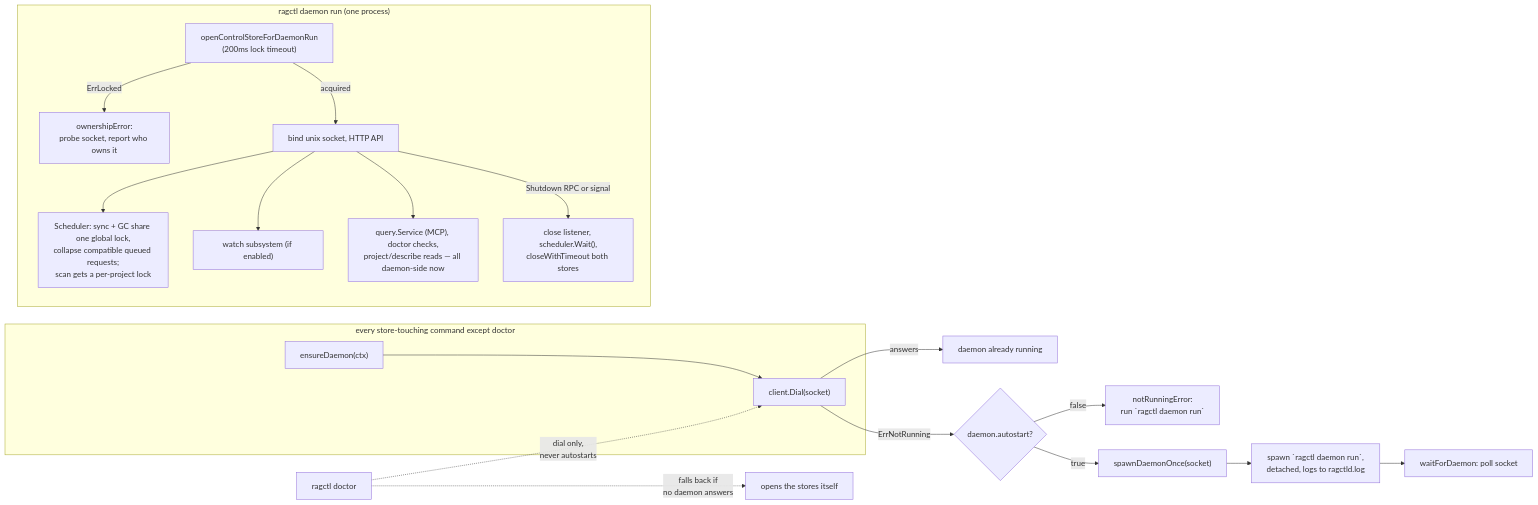
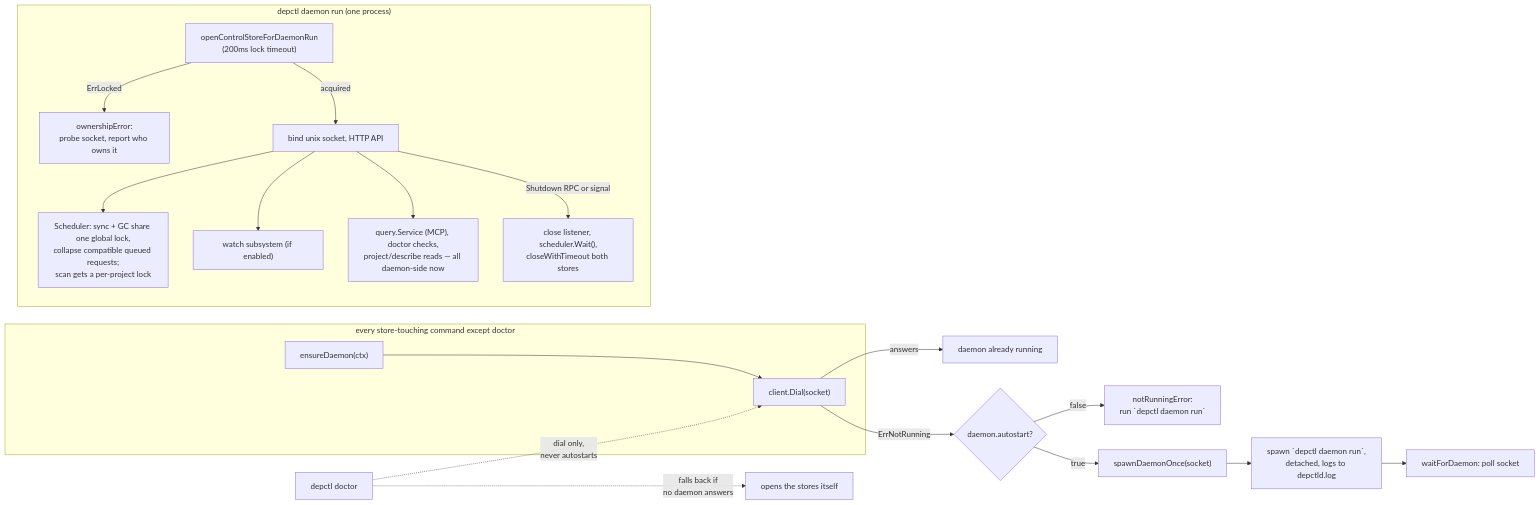
Before and after one commit to aleutian-ai/depctl: the second of 16 diagrams in docs/architecture.md, drawn with Mermaid. The commit also changed other lines of this file and 588 other files, not shown here.

Commit message:
Rename ragctl to depctl: binary, module github.com/aleutian-ai/depctl, paths, env vars, metrics, MCP name, docs

````diff
--- a/docs/architecture.md
+++ b/docs/architecture.md
@@ -106,24 +106,24 @@
 ```mermaid
 flowchart LR
     subgraph client["every store-touching command except doctor"]
         C1["ensureDaemon(ctx)"] --> C2["client.Dial(socket)"]
     end
     C2 -->|answers| D0["daemon already running"]
     C2 -->|ErrNotRunning| C3{"daemon.autostart?"}
-    C3 -->|false| C4["notRunningError:<br/>run `ragctl daemon run`"]
+    C3 -->|false| C4["notRunningError:<br/>run `depctl daemon run`"]
     C3 -->|true| C5["spawnDaemonOnce(socket)"]
-    C5 --> C6["spawn `ragctl daemon run`,<br/>detached, logs to ragctld.log"]
+    C5 --> C6["spawn `depctl daemon run`,<br/>detached, logs to depctld.log"]
     C6 --> C7["waitForDaemon: poll socket"]
 
-    subgraph daemon["ragctl daemon run (one process)"]
+    subgraph daemon["depctl daemon run (one process)"]
         S1["openControlStoreForDaemonRun<br/>(200ms lock timeout)"] -->|ErrLocked| S2["ownershipError:<br/>probe socket, report who owns it"]
         S1 -->|acquired| S3["bind unix socket, HTTP API"]
         S3 --> S4["Scheduler: sync + GC share one global lock,<br/>collapse compatible queued requests;<br/>scan gets a per-project lock"]
         S3 --> S5["watch subsystem (if enabled)"]
         S3 --> S7["query.Service (MCP), doctor checks,<br/>project/describe reads — all daemon-side now"]
         S3 -->|Shutdown RPC or signal| S6["close listener, scheduler.Wait(),<br/>closeWithTimeout both stores"]
     end
 
-    Doctor["ragctl doctor"] -.->|dial only,<br/>never autostarts| C2
+    Doctor["depctl doctor"] -.->|dial only,<br/>never autostarts| C2
     Doctor -.->|falls back if<br/>no daemon answers| Direct["opens the stores itself"]
 ```
````
